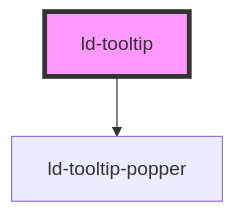
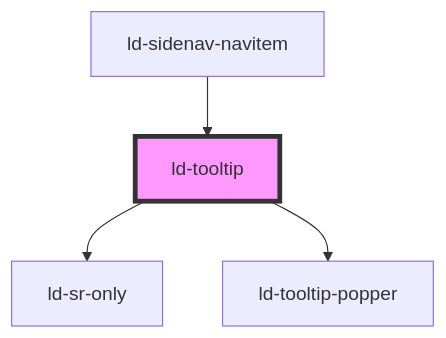
One commit to emdgroup-liquid/liquid changed the diagram in src/liquid/components/ld-tooltip/readme.md. Above: the diagram before and after it, drawn with Mermaid. The commit also changed other lines of this file and 77 other files, not shown here.

````diff
--- a/src/liquid/components/ld-tooltip/readme.md
+++ b/src/liquid/components/ld-tooltip/readme.md
@@ -255,5 +284,7 @@
 ```mermaid
 graph TD;
+  ld-tooltip --> ld-sr-only
   ld-tooltip --> ld-tooltip-popper
+  ld-sidenav-navitem --> ld-tooltip
   style ld-tooltip fill:#f9f,stroke:#333,stroke-width:4px
 ```
````
